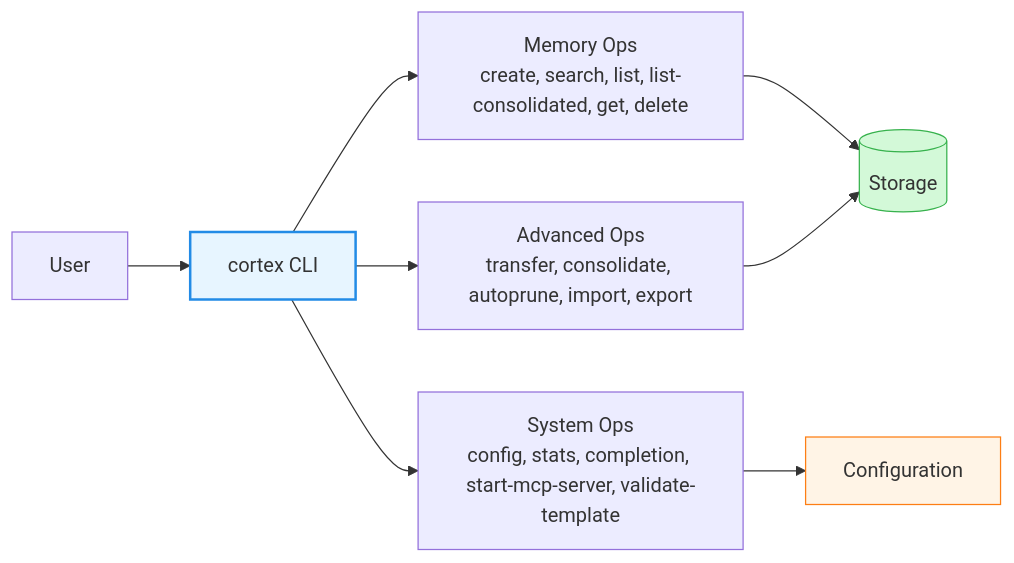
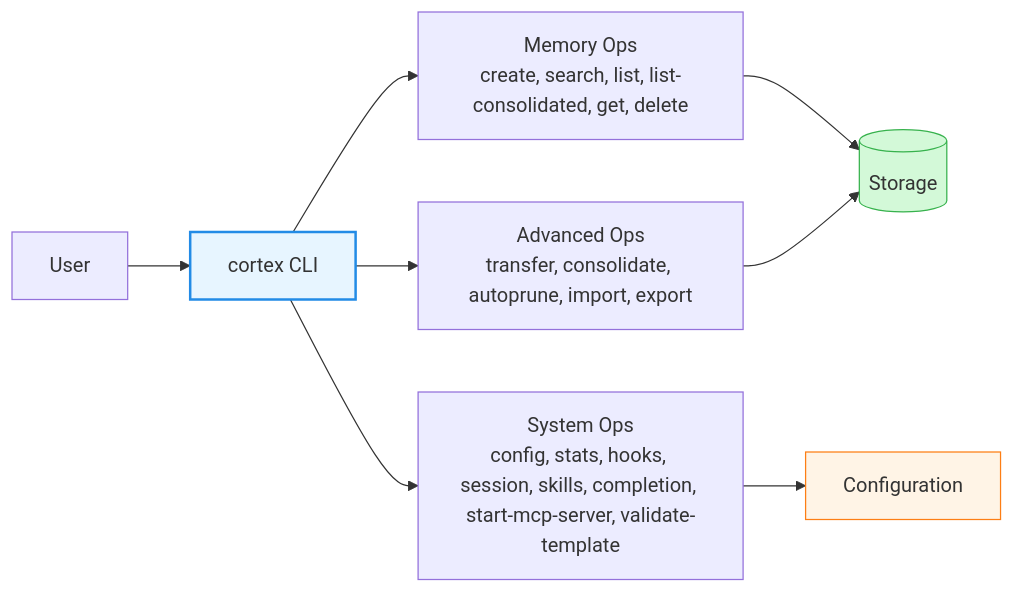
One commit to fmatsos/cortex changed the first of 5 diagrams in docs/cli/reference.md. Above: the diagram before and after it, drawn with Mermaid. The commit also changed other lines of this file and 10 other files, not shown here.

````diff
--- a/docs/cli/reference.md
+++ b/docs/cli/reference.md
@@ -21,16 +21,16 @@
 ```mermaid
 graph LR
     User[User] --> CLI[cortex CLI]
 
     CLI --> MO[Memory Ops<br/>create, search, list, list-consolidated, get, delete]
     CLI --> AO[Advanced Ops<br/>transfer, consolidate, autoprune, import, export]
-    CLI --> SO[System Ops<br/>config, stats, completion, start-mcp-server, validate-template]
+    CLI --> SO[System Ops<br/>config, stats, hooks, session, skills, completion, start-mcp-server, validate-template]
 
     MO --> Storage[(Storage)]
     AO --> Storage
     SO --> Config[Configuration]
 
     style CLI fill:#e7f5ff,stroke:#228be6,stroke-width:2px
     style Storage fill:#d3f9d8,stroke:#37b24d
     style Config fill:#fff4e6,stroke:#fd7e14
 ```
````
